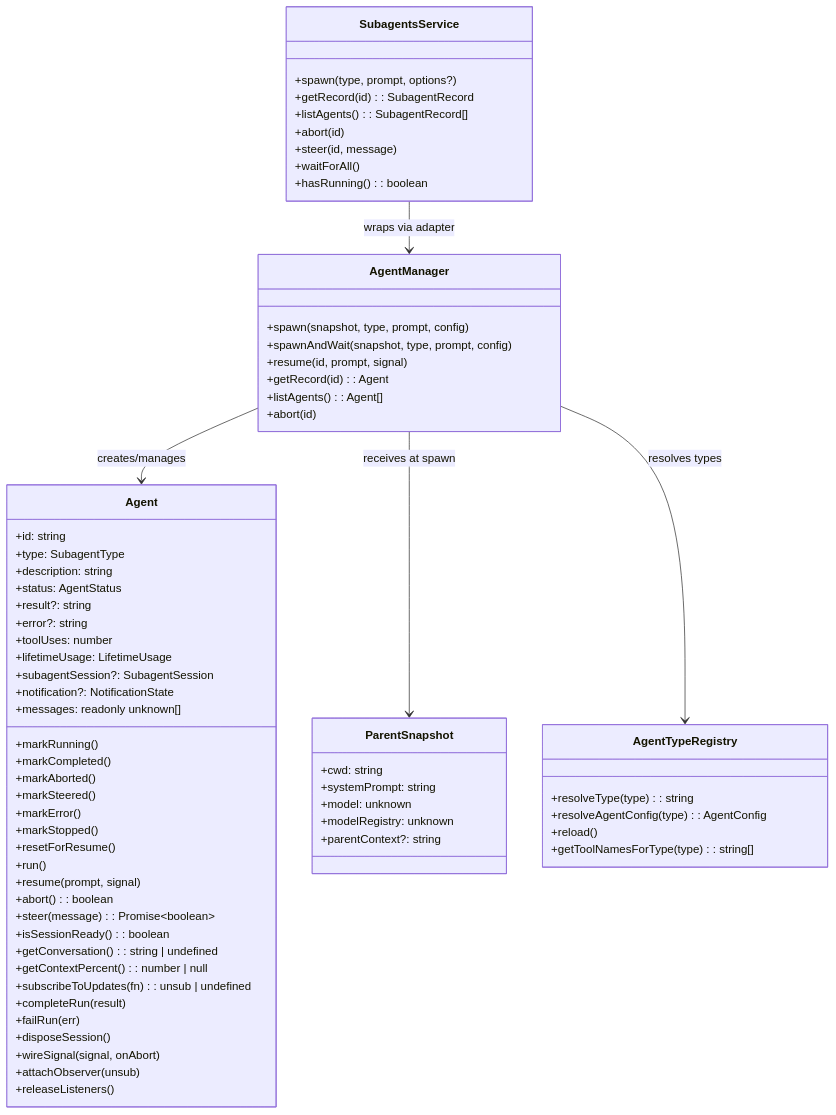
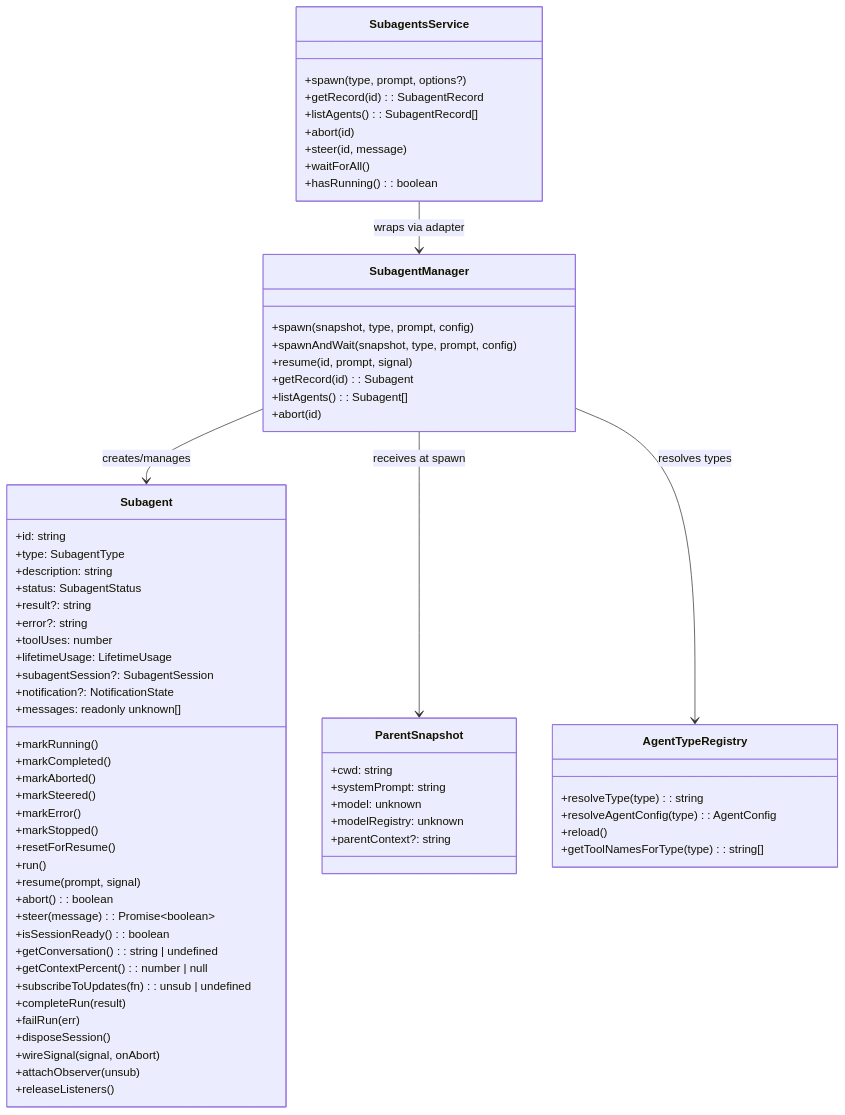
Before and after one commit to NicoSenerman/pi-packages: the second of 5 diagrams in packages/pi-subagents/docs/architecture/architecture.md, drawn with Mermaid. The commit also changed other lines of this file and 1 other file, not shown here.

First line of the commit message:
docs: update architecture and skill docs for Subagent rename (#280)

````diff
--- a/packages/pi-subagents/docs/architecture/architecture.md
+++ b/packages/pi-subagents/docs/architecture/architecture.md
@@ -103,76 +103,76 @@
 ```mermaid
 classDiagram
-    class Agent {
+    class Subagent {
         +id: string
         +type: SubagentType
         +description: string
-        +status: AgentStatus
+        +status: SubagentStatus
         +result?: string
         +error?: string
         +toolUses: number
         +lifetimeUsage: LifetimeUsage
         +subagentSession?: SubagentSession
         +notification?: NotificationState
         +markRunning()
         +markCompleted()
         +markAborted()
         +markSteered()
         +markError()
         +markStopped()
         +resetForResume()
         +run()
         +resume(prompt, signal)
         +abort(): boolean
         +steer(message): Promise~boolean~
         +isSessionReady(): boolean
         +getConversation(): string | undefined
         +getContextPercent(): number | null
         +subscribeToUpdates(fn): unsub | undefined
         +messages: readonly unknown[]
         +completeRun(result)
         +failRun(err)
         +disposeSession()
         +wireSignal(signal, onAbort)
         +attachObserver(unsub)
         +releaseListeners()
     }
 
-    class AgentManager {
+    class SubagentManager {
         +spawn(snapshot, type, prompt, config)
         +spawnAndWait(snapshot, type, prompt, config)
         +resume(id, prompt, signal)
-        +getRecord(id): Agent
-        +listAgents(): Agent[]
+        +getRecord(id): Subagent
+        +listAgents(): Subagent[]
         +abort(id)
     }
 
     class AgentTypeRegistry {
         +resolveType(type): string
         +resolveAgentConfig(type): AgentConfig
         +reload()
         +getToolNamesForType(type): string[]
     }
 
     class ParentSnapshot {
         +cwd: string
         +systemPrompt: string
         +model: unknown
         +modelRegistry: unknown
         +parentContext?: string
     }
 
     class SubagentsService {
         +spawn(type, prompt, options?)
         +getRecord(id): SubagentRecord
         +listAgents(): SubagentRecord[]
         +abort(id)
         +steer(id, message)
         +waitForAll()
         +hasRunning(): boolean
     }
 
-    AgentManager --> Agent : creates/manages
-    AgentManager --> ParentSnapshot : receives at spawn
-    SubagentsService --> AgentManager : wraps via adapter
-    AgentManager --> AgentTypeRegistry : resolves types
+    SubagentManager --> Subagent : creates/manages
+    SubagentManager --> ParentSnapshot : receives at spawn
+    SubagentsService --> SubagentManager : wraps via adapter
+    SubagentManager --> AgentTypeRegistry : resolves types
 ```
````
